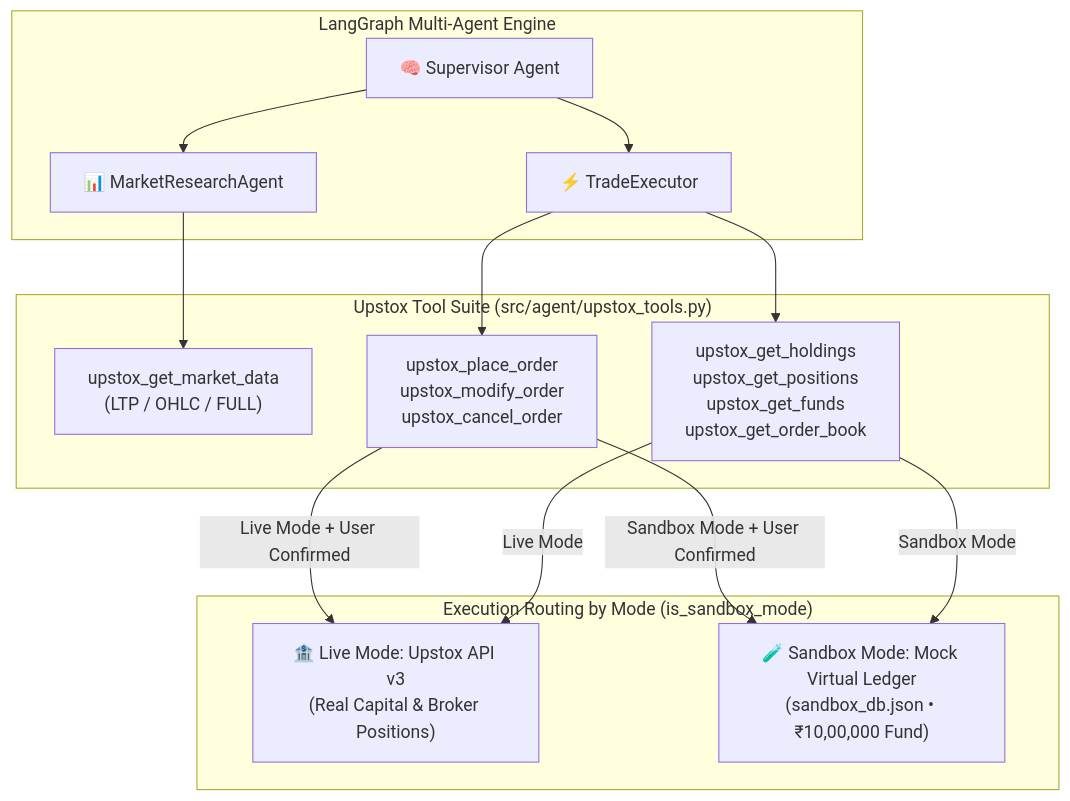
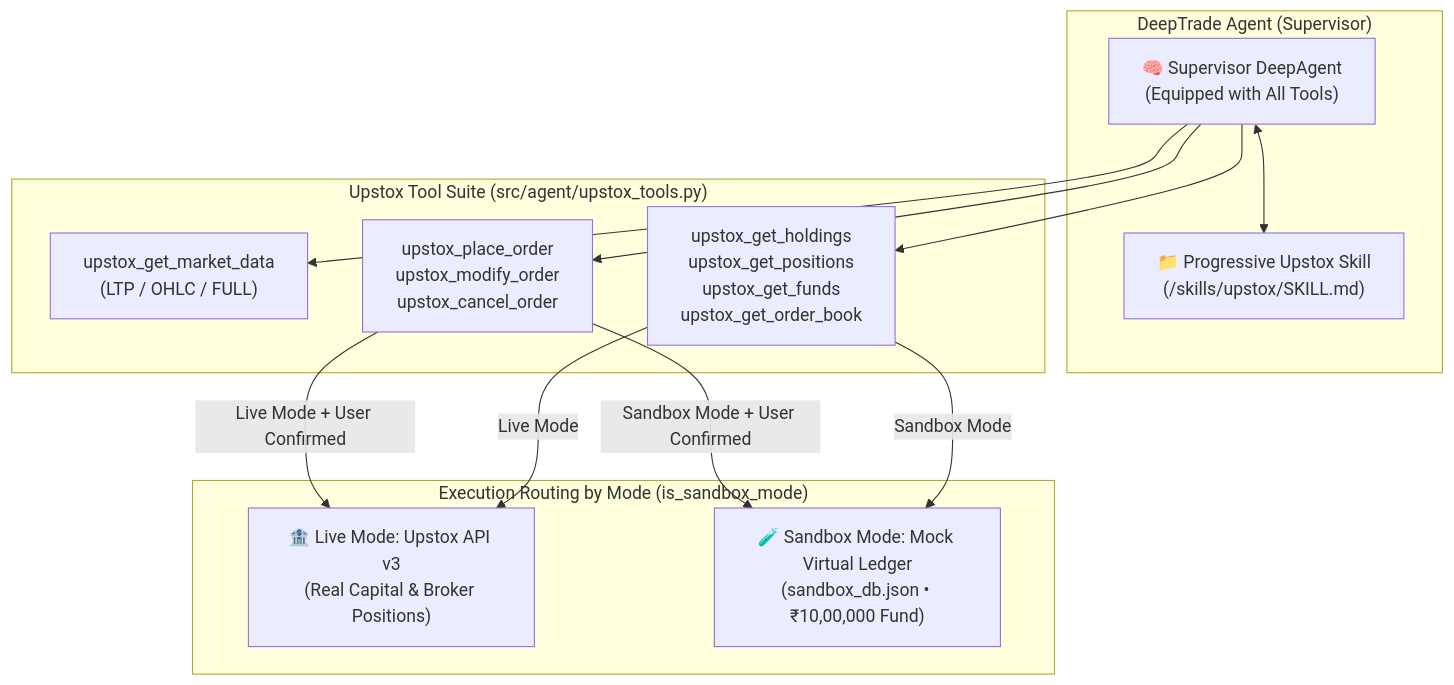
One commit to Anshu666666/deepTrade changed the first of 3 diagrams in upstox_tools_and_subagents.md. Above: the diagram before and after it, drawn with Mermaid. The commit also changed other lines of this file and 2 other files, not shown here.

Commit message:
docs: clarify single DeepAgent architecture with progressive skills and unified tools

````diff
--- a/upstox_tools_and_subagents.md
+++ b/upstox_tools_and_subagents.md
@@ -3,30 +3,28 @@
 ```mermaid
 flowchart TB
-    subgraph MultiAgentEngine["LangGraph Multi-Agent Engine"]
-        SUPERVISOR["🧠 Supervisor Agent"]
-        MRA["📊 MarketResearchAgent"]
-        TEX["⚡ TradeExecutor"]
+    subgraph AgentEngine["DeepTrade Agent (Supervisor)"]
+        AGENT["🧠 Supervisor DeepAgent<br/>(Equipped with All Tools)"]
+        SKILL["📁 Progressive Upstox Skill<br/>(/skills/upstox/SKILL.md)"]
+        AGENT <--> SKILL
     end
 
     subgraph ToolSuite["Upstox Tool Suite (src/agent/upstox_tools.py)"]
         TOOL_QUOTE["upstox_get_market_data<br/>(LTP / OHLC / FULL)"]
         TOOL_ORDER["upstox_place_order<br/>upstox_modify_order<br/>upstox_cancel_order"]
         TOOL_PORTFOLIO["upstox_get_holdings<br/>upstox_get_positions<br/>upstox_get_funds<br/>upstox_get_order_book"]
     end
 
     subgraph ExecutionModes["Execution Routing by Mode (is_sandbox_mode)"]
         LIVE_PATH["🏦 Live Mode: Upstox API v3<br/>(Real Capital & Broker Positions)"]
         SANDBOX_PATH["🧪 Sandbox Mode: Mock Virtual Ledger<br/>(sandbox_db.json • ₹10,00,000 Fund)"]
     end
 
-    SUPERVISOR --> MRA
-    SUPERVISOR --> TEX
-    MRA --> TOOL_QUOTE
-    TEX --> TOOL_ORDER
-    TEX --> TOOL_PORTFOLIO
+    AGENT --> TOOL_QUOTE
+    AGENT --> TOOL_ORDER
+    AGENT --> TOOL_PORTFOLIO
 
     TOOL_ORDER -->|Live Mode + User Confirmed| LIVE_PATH
     TOOL_ORDER -->|Sandbox Mode + User Confirmed| SANDBOX_PATH
     TOOL_PORTFOLIO -->|Live Mode| LIVE_PATH
     TOOL_PORTFOLIO -->|Sandbox Mode| SANDBOX_PATH
 ```
````
